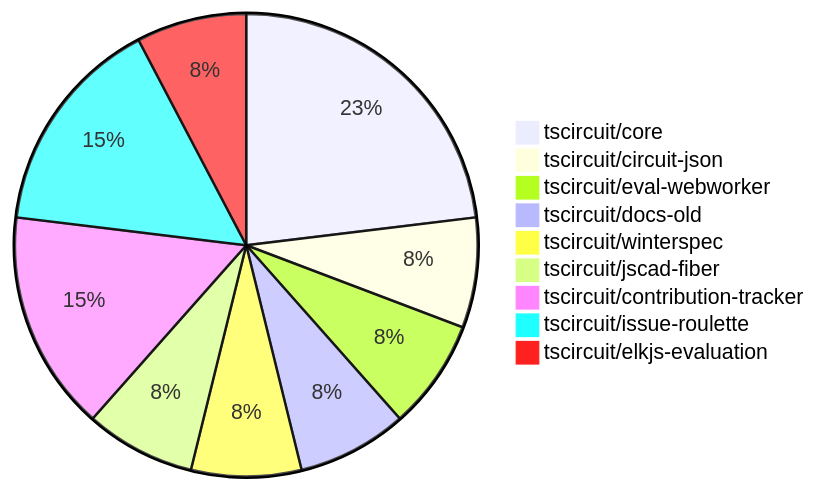
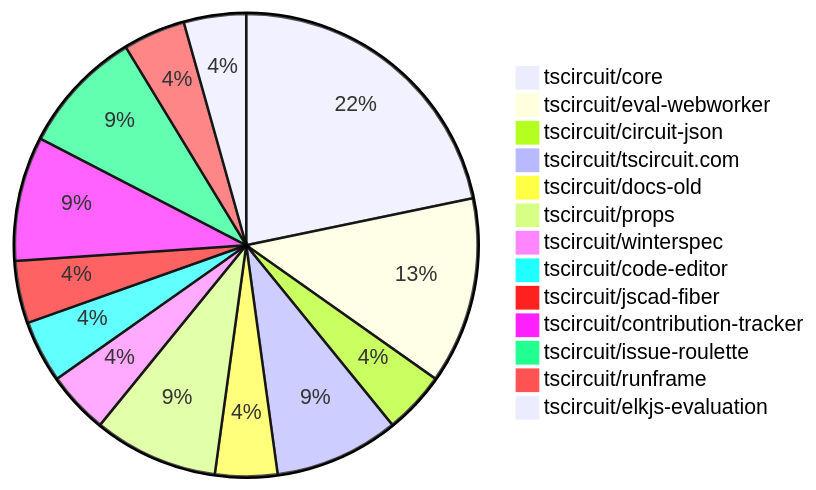
Before and after one commit to tscircuit/contribution-tracker: the diagram in README.md, drawn with Mermaid. The commit also changed other lines of this file and 2 other files, not shown here.

````diff
--- a/README.md
+++ b/README.md
@@ -24,12 +24,16 @@
 ```mermaid
 pie
-    "tscircuit/core" : 3
+    "tscircuit/core" : 5
+    "tscircuit/eval-webworker" : 3
     "tscircuit/circuit-json" : 1
-    "tscircuit/eval-webworker" : 1
+    "tscircuit/tscircuit.com" : 2
     "tscircuit/docs-old" : 1
+    "tscircuit/props" : 2
     "tscircuit/winterspec" : 1
+    "tscircuit/code-editor" : 1
     "tscircuit/jscad-fiber" : 1
     "tscircuit/contribution-tracker" : 2
     "tscircuit/issue-roulette" : 2
+    "tscircuit/runframe" : 1
     "tscircuit/elkjs-evaluation" : 1
 ```
````
